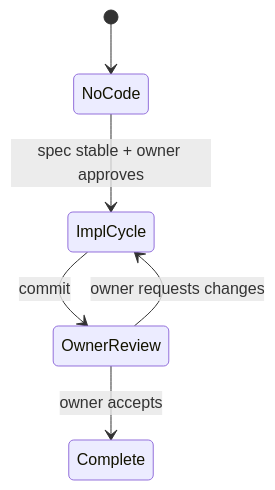
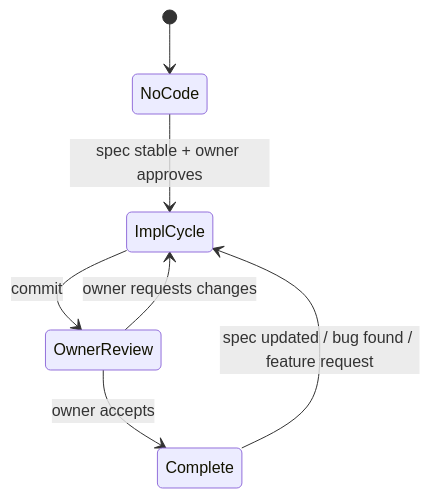
One commit to powdream-org/it-shell3 changed the first of 2 diagrams in docs/work-styles/05-implementation-workflow.md. Above: the diagram before and after it, drawn with Mermaid. The commit also changed other lines of this file and 16 other files, not shown here.

````diff
--- a/docs/work-styles/05-implementation-workflow.md
+++ b/docs/work-styles/05-implementation-workflow.md
@@ -32,8 +37,9 @@
 ```mermaid
 stateDiagram-v2
     [*] --> NoCode
     NoCode --> ImplCycle : spec stable + owner approves
     ImplCycle --> OwnerReview : commit
     OwnerReview --> ImplCycle : owner requests changes
     OwnerReview --> Complete : owner accepts
+    Complete --> ImplCycle : spec updated / bug found / feature request
 ```
````
